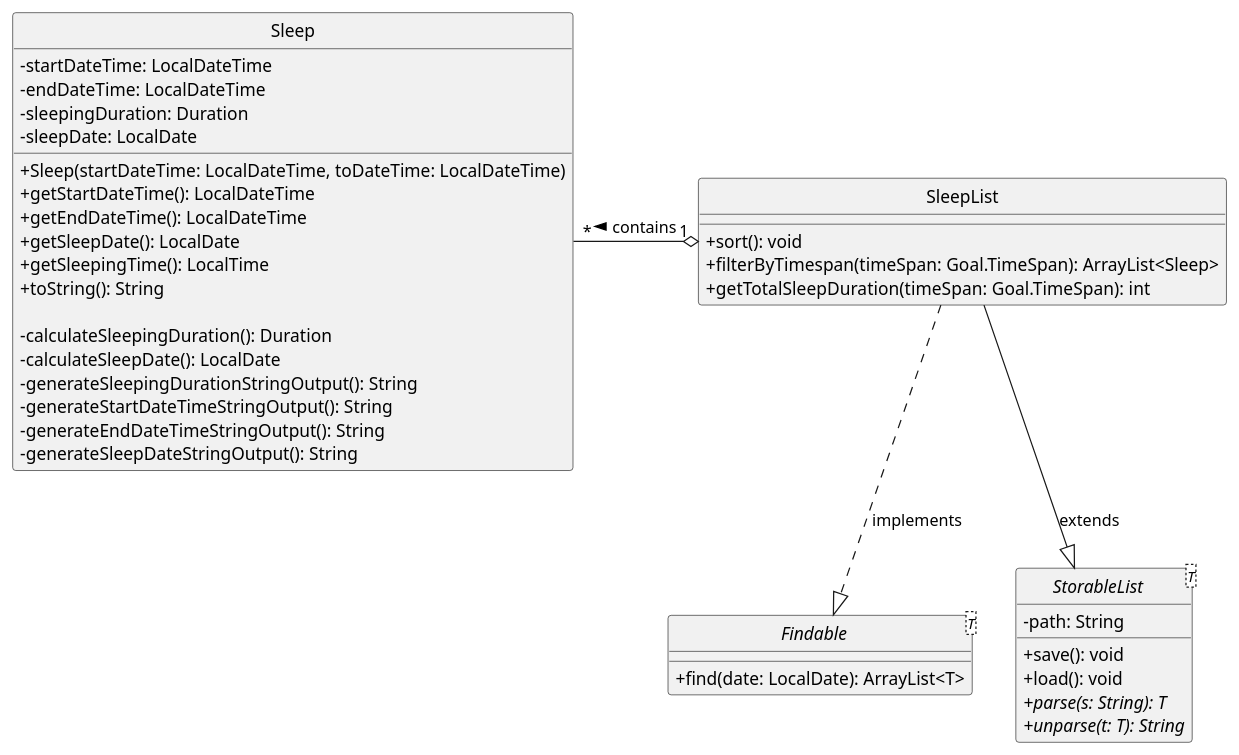
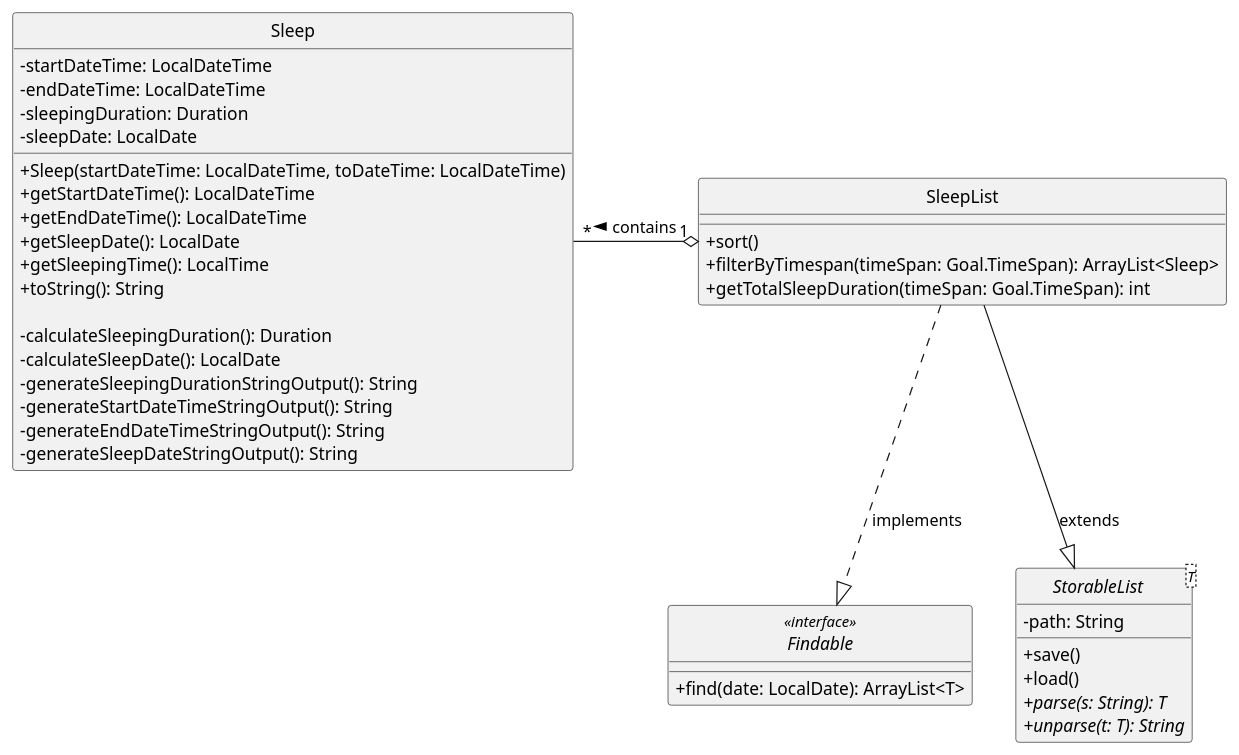
One commit to AY2324S1-CS2113-T17-1/tp changed the diagram in docs/puml/Sleep/SleepAndSleeplistClassDiagram.puml. Above: the diagram before and after it, drawn with PlantUML.

```diff
--- a/docs/puml/Sleep/SleepAndSleeplistClassDiagram.puml
+++ b/docs/puml/Sleep/SleepAndSleeplistClassDiagram.puml
@@ -1,51 +1,50 @@
 @startuml
 'https://plantuml.com/class-diagram
 skinparam classAttributeIconSize 0
 hide circle
 
 
-interface Findable<T> {
+interface Findable<<interface>> {
     + find(date: LocalDate): ArrayList<T>
 }
 
 abstract class StorableList<T> {
     - path: String
-    + save(): void
-    + load(): void
+    + save()
+    + load()
     + {abstract} parse(s: String): T
     + {abstract} unparse(t: T): String
 }
 
 
 class Sleep {
     - startDateTime: LocalDateTime
     - endDateTime: LocalDateTime
     - sleepingDuration: Duration
     - sleepDate: LocalDate
 
     + Sleep(startDateTime: LocalDateTime, toDateTime: LocalDateTime)
     + getStartDateTime(): LocalDateTime
     + getEndDateTime(): LocalDateTime
     + getSleepDate(): LocalDate
     + getSleepingTime(): LocalTime
     + toString(): String
 
     - calculateSleepingDuration(): Duration
     - calculateSleepDate(): LocalDate
     - generateSleepingDurationStringOutput(): String
     - generateStartDateTimeStringOutput(): String
     - generateEndDateTimeStringOutput(): String
     - generateSleepDateStringOutput(): String
 }
 
 class SleepList {
-    + sort(): void
+    + sort()
     + filterByTimespan(timeSpan: Goal.TimeSpan): ArrayList<Sleep>
     + getTotalSleepDuration(timeSpan: Goal.TimeSpan): int
 }
 
 SleepList --|> StorableList: extends
 SleepList "1" o-l- "*" Sleep :contains >
 SleepList ..|>  Findable : implements
-
 @enduml
```
